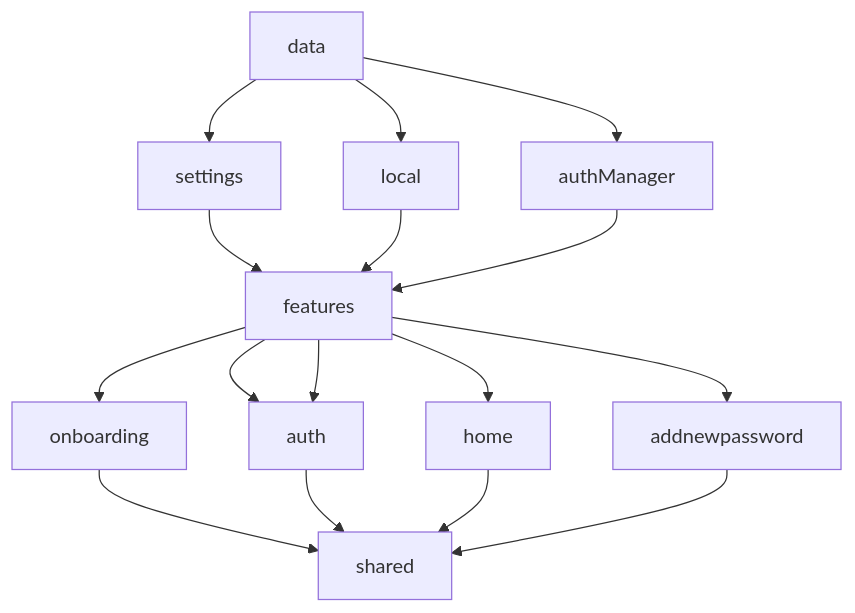
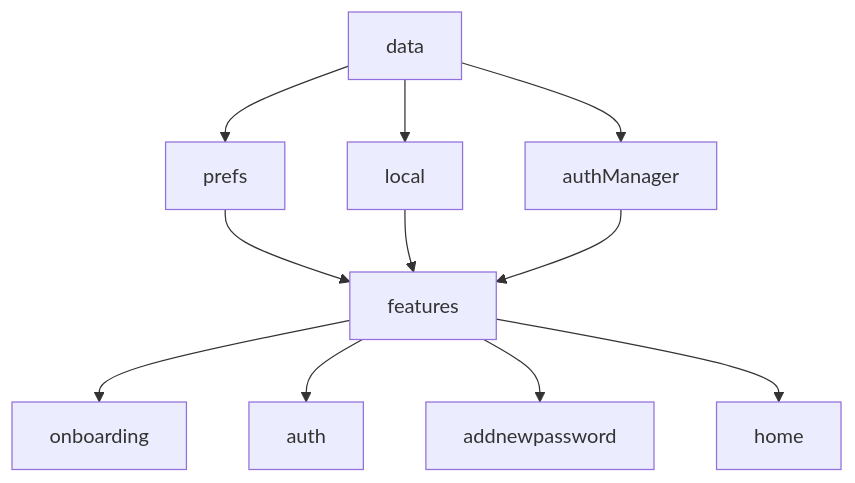
Before and after one commit to getspherelabs/anypass-kmp: the third of 4 diagrams in README.md, drawn with Mermaid. The commit also changed other lines of this file, not shown here.

Commit message:
chore: Fix module graphs in readme

````diff
--- a/README.md
+++ b/README.md
@@ -95,20 +98,15 @@
 ```mermaid
 graph TD;
     data-->local;
     data-->authManager;
-    data-->settings;
+    data-->prefs;
 
     features-->onboarding;
     features-->auth;
     features-->addnewpassword;
     features-->home;
-    features-->auth;
 
-    settings--> features;
+    prefs--> features;
     local-->features;
     authManager-->features;
-    onboarding-->shared;
-    auth-->shared;
-    home-->shared;
-    addnewpassword-->shared;
 ```
````
